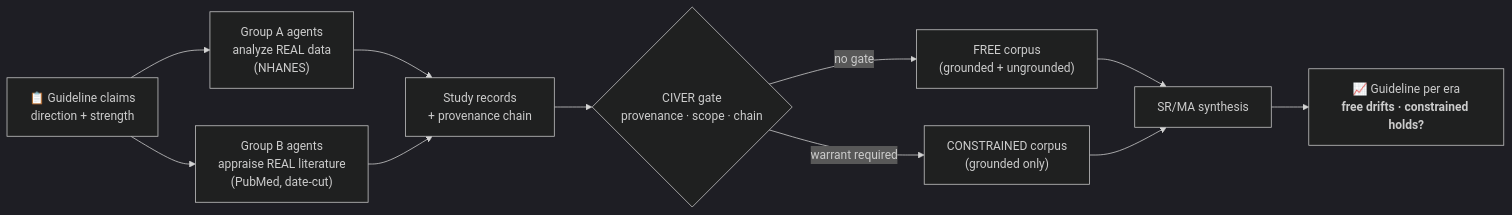
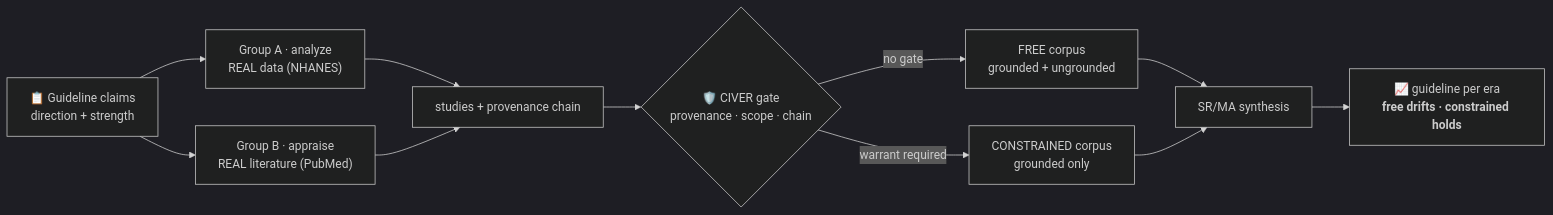
The diagram in README.md (tuyentran-md/medevo), drawn with Mermaid (dark theme) before and after one commit. The commit also changed other lines of this file and 1 other file, not shown here.

First line of the commit message:
docs: lead README with a reversal figure; cut the listing

````diff
--- a/README.md
+++ b/README.md
@@ -33,13 +34,13 @@
 ```mermaid
 flowchart LR
-    G["📋 Guideline claims<br/>direction + strength"] --> A1["Group A agents<br/>analyze REAL data<br/>(NHANES)"]
-    G --> A2["Group B agents<br/>appraise REAL literature<br/>(PubMed, date-cut)"]
-    A1 --> S["Study records<br/>+ provenance chain"]
+    G["📋 Guideline claims<br/>direction + strength"] --> A1["Group A · analyze<br/>REAL data (NHANES)"]
+    G --> A2["Group B · appraise<br/>REAL literature (PubMed)"]
+    A1 --> S["studies + provenance chain"]
     A2 --> S
-    S --> GATE{"CIVER gate<br/>provenance · scope · chain"}
-    GATE -->|"no gate"| FREE["FREE corpus<br/>(grounded + ungrounded)"]
-    GATE -->|"warrant required"| CON["CONSTRAINED corpus<br/>(grounded only)"]
+    S --> GATE{"🛡️ CIVER gate<br/>provenance · scope · chain"}
+    GATE -->|"no gate"| FREE["FREE corpus<br/>grounded + ungrounded"]
+    GATE -->|"warrant required"| CON["CONSTRAINED corpus<br/>grounded only"]
     FREE --> SR["SR/MA synthesis"]
     CON --> SR
-    SR --> OUT["📈 Guideline per era<br/><b>free drifts · constrained holds?</b>"]
+    SR --> OUT["📈 guideline per era<br/><b>free drifts · constrained holds</b>"]
 ```
````
